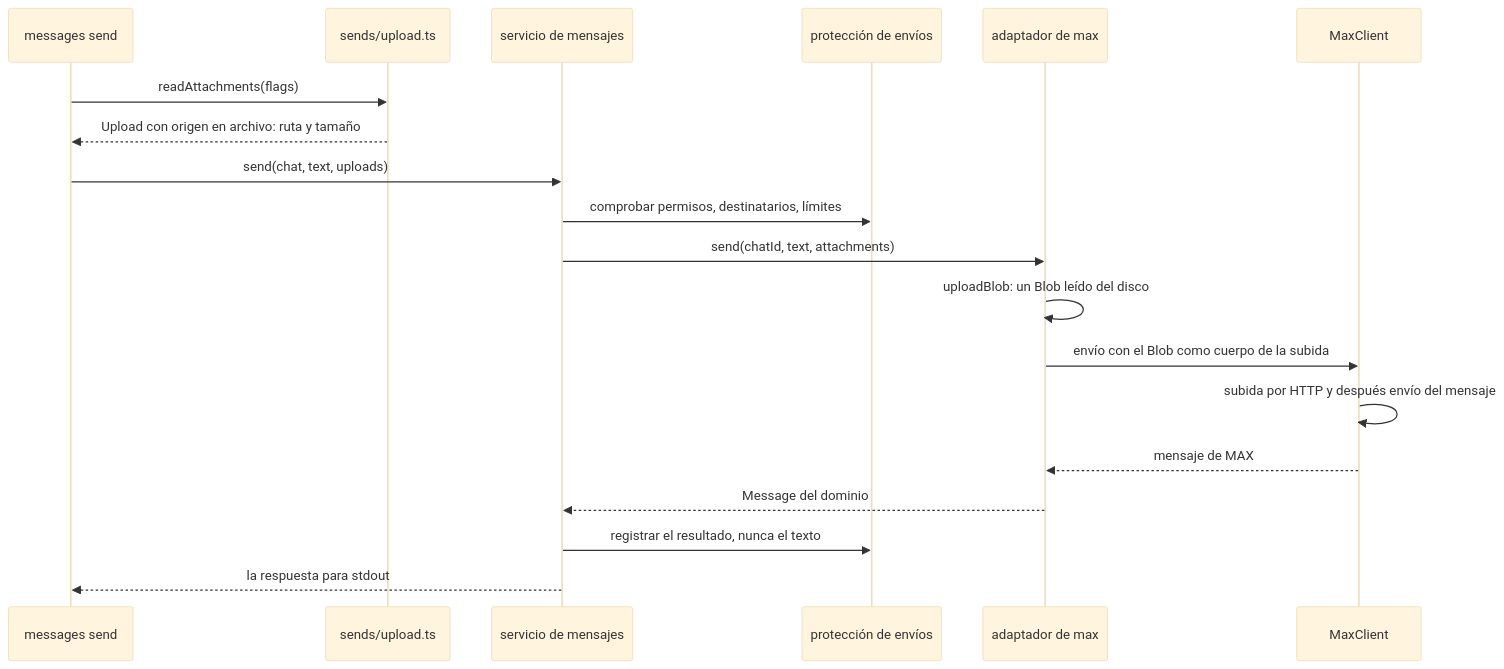
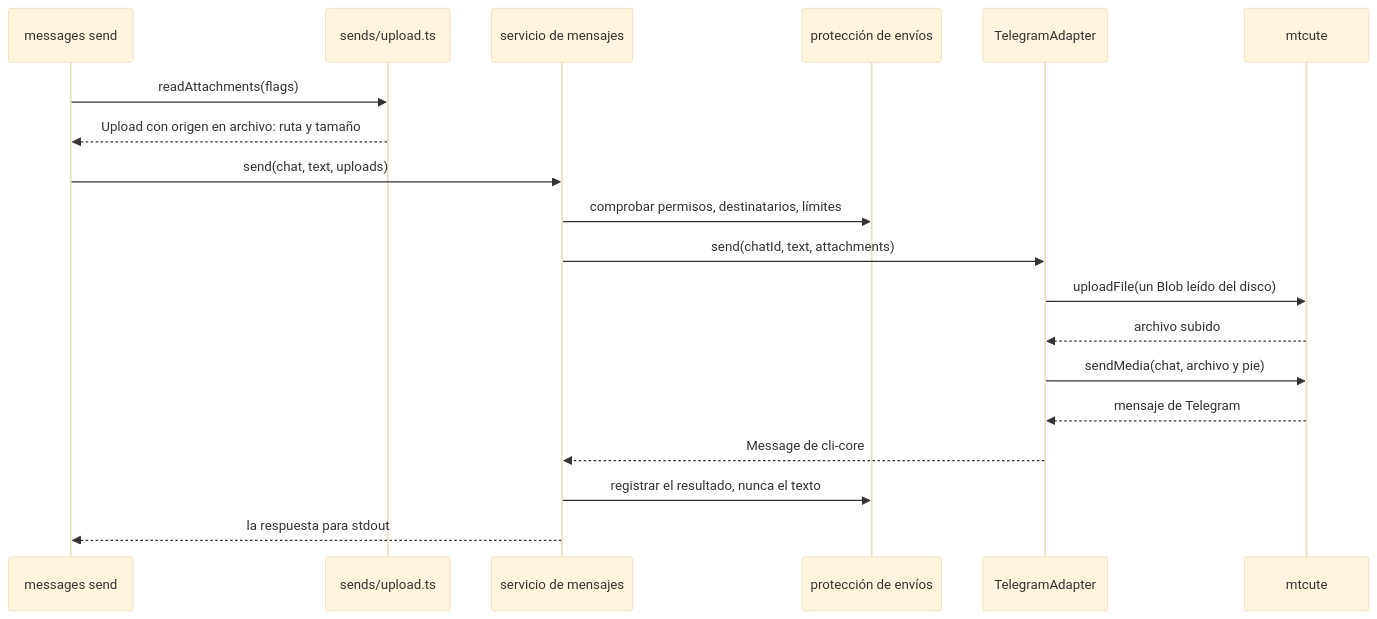
Before and after one commit to WireCatLabs/cli-docs: the fifth of 5 diagrams in content/docs/code-design.es.mdx, drawn with Mermaid (base theme). The commit also changed other lines of this file and 2 other files, not shown here.

First line of the commit message:
docs(code-design): say what a port is; a clearer contract diagram; tg examples

````diff
--- a/content/docs/code-design.es.mdx
+++ b/content/docs/code-design.es.mdx
@@ -212,21 +214,21 @@
 ```mermaid Un envío con archivo, del comando al mensajero
 sequenceDiagram
   participant Cmd as messages send
   participant Up as sends/upload.ts
   participant Svc as servicio de mensajes
   participant Guard as protección de envíos
-  participant Ad as adaptador de max
-  participant Cl as MaxClient
+  participant Ad as TelegramAdapter
+  participant Cl as mtcute
   Cmd->>Up: readAttachments(flags)
   Up-->>Cmd: Upload con origen en archivo: ruta y tamaño
   Cmd->>Svc: send(chat, text, uploads)
   Svc->>Guard: comprobar permisos, destinatarios, límites
   Svc->>Ad: send(chatId, text, attachments)
-  Ad->>Ad: uploadBlob: un Blob leído del disco
-  Ad->>Cl: envío con el Blob como cuerpo de la subida
-  Cl->>Cl: subida por HTTP y después envío del mensaje
-  Cl-->>Ad: mensaje de MAX
-  Ad-->>Svc: Message del dominio
+  Ad->>Cl: uploadFile(un Blob leído del disco)
+  Cl-->>Ad: archivo subido
+  Ad->>Cl: sendMedia(chat, archivo y pie)
+  Cl-->>Ad: mensaje de Telegram
+  Ad-->>Svc: Message de cli-core
   Svc->>Guard: registrar el resultado, nunca el texto
   Svc-->>Cmd: la respuesta para stdout
 ```
````
